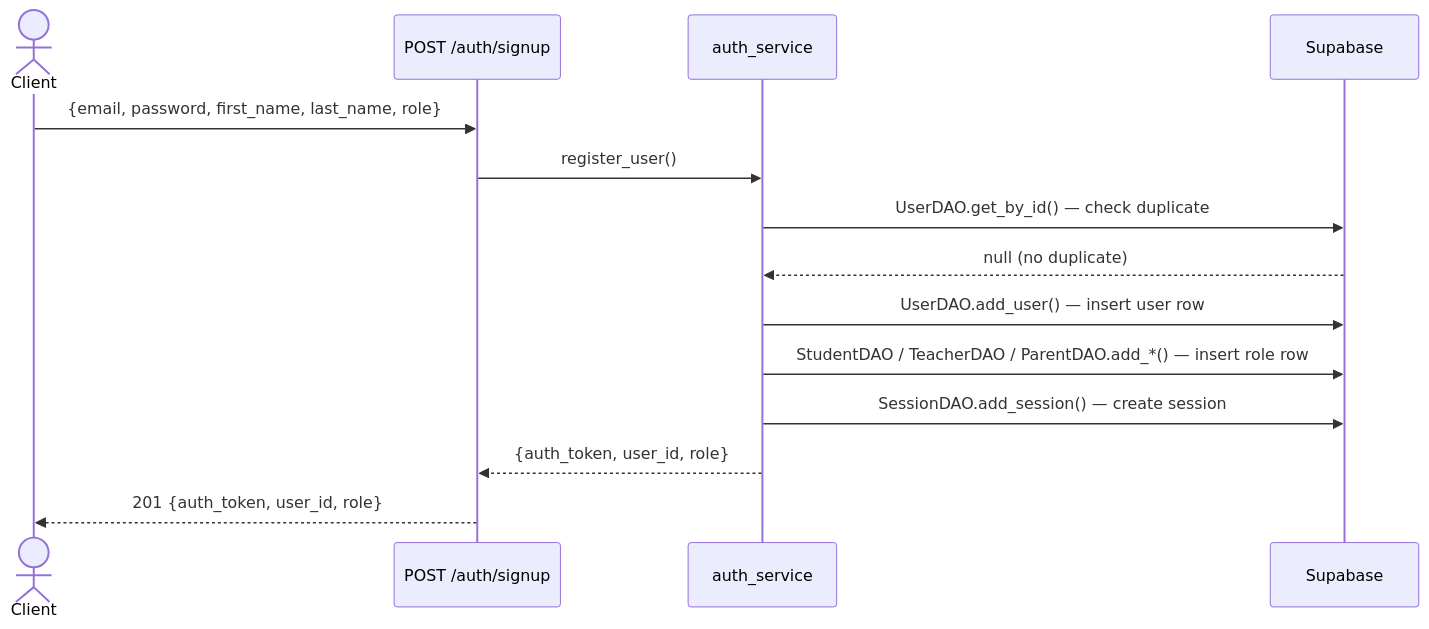
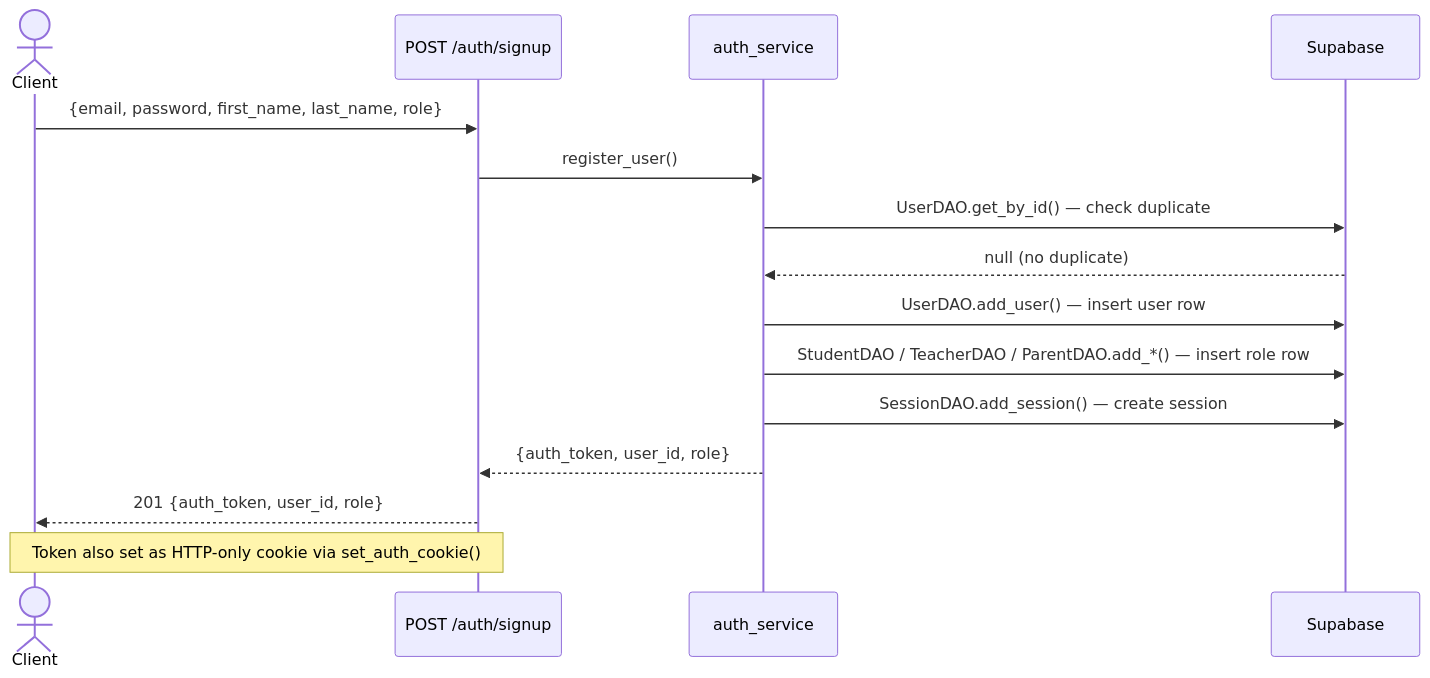
The third of 22 diagrams in ARCHITECTURE.md (EduQuest-AI-Inc/eduquest-backend), drawn with Mermaid before and after one commit. The commit also changed other lines of this file, not shown here.

````diff
--- a/ARCHITECTURE.md
+++ b/ARCHITECTURE.md
@@ -86,17 +87,18 @@
 ```mermaid
 sequenceDiagram
     actor C as Client
     participant R as POST /auth/signup
     participant S as auth_service
     participant DB as Supabase
 
     C->>R: {email, password, first_name, last_name, role}
     R->>S: register_user()
     S->>DB: UserDAO.get_by_id()  — check duplicate
     DB-->>S: null (no duplicate)
     S->>DB: UserDAO.add_user()  — insert user row
     S->>DB: StudentDAO / TeacherDAO / ParentDAO.add_*()  — insert role row
     S->>DB: SessionDAO.add_session()  — create session
     S-->>R: {auth_token, user_id, role}
     R-->>C: 201  {auth_token, user_id, role}
+    Note over R,C: Token also set as HTTP-only cookie via set_auth_cookie()
 ```
````
